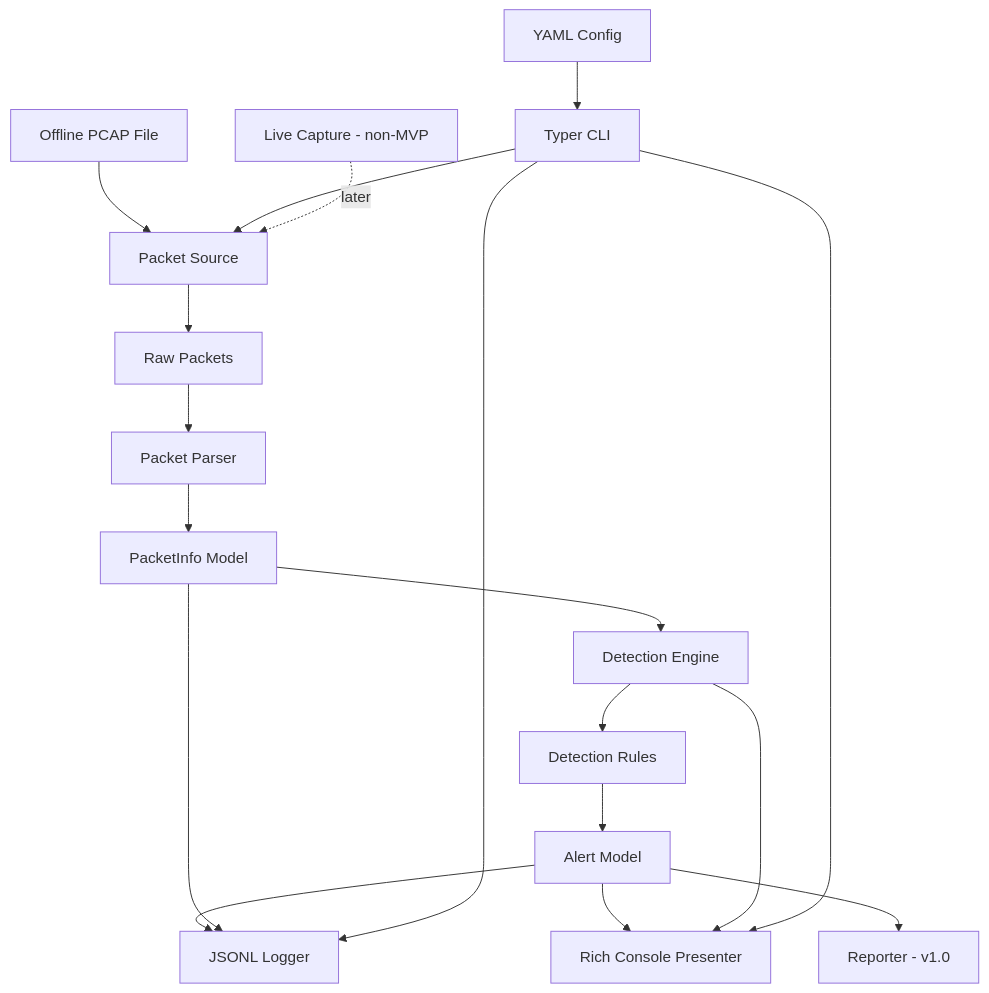
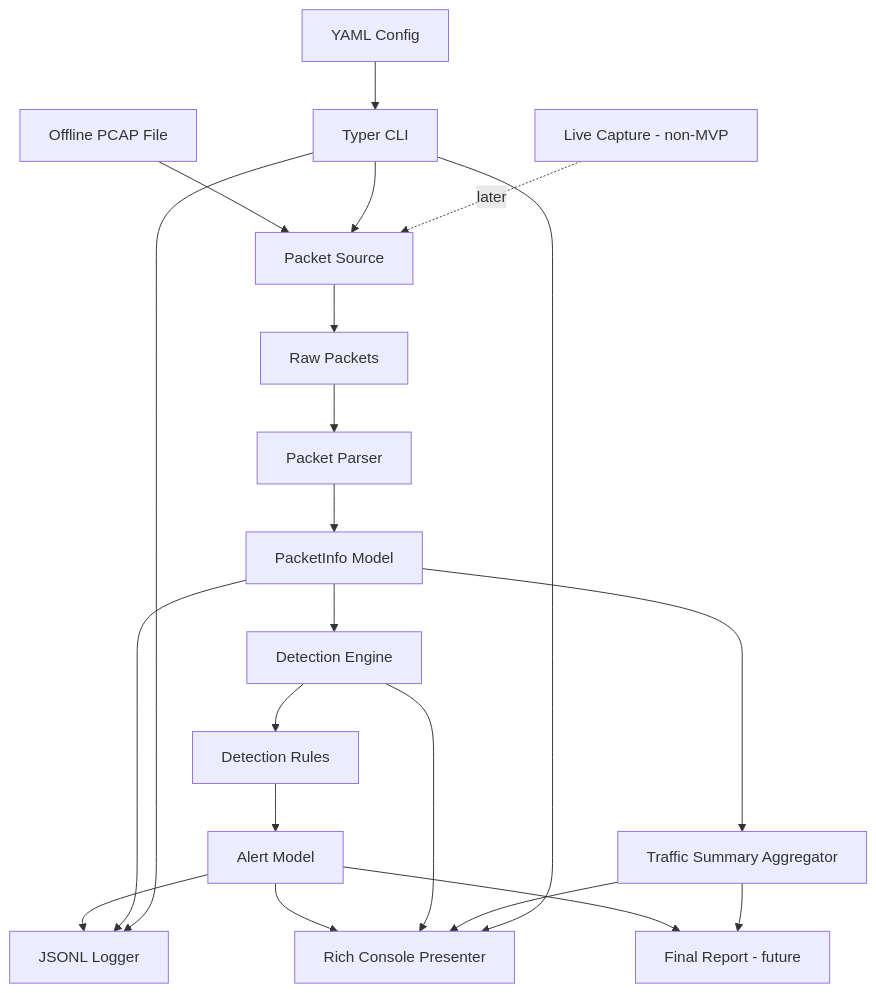
The diagram in docs/architecture.md (alopes0905/mini-ids-network-monitor), drawn with Mermaid before and after one commit. The commit also changed other lines of this file and 9 other files, not shown here.

````diff
--- a/docs/architecture.md
+++ b/docs/architecture.md
@@ -258,21 +259,24 @@
 ```mermaid
 flowchart TD
     A[Offline PCAP File] --> B[Packet Source]
     B --> C[Raw Packets]
     C --> D[Packet Parser]
     D --> E[PacketInfo Model]
     E --> F[Detection Engine]
     F --> G[Detection Rules]
     G --> H[Alert Model]
     H --> I[JSONL Logger]
     E --> I
     H --> J[Rich Console Presenter]
     F --> J
-    H --> K[Reporter - v1.0]
+    E --> K[Traffic Summary Aggregator]
+    K --> J
+    H --> O[Final Report - future]
+    K --> O
     N[Typer CLI] --> B
     N --> I
     N --> J
     M[YAML Config] --> N
 
     L[Live Capture - non-MVP] -. later .-> B
 ```
````
